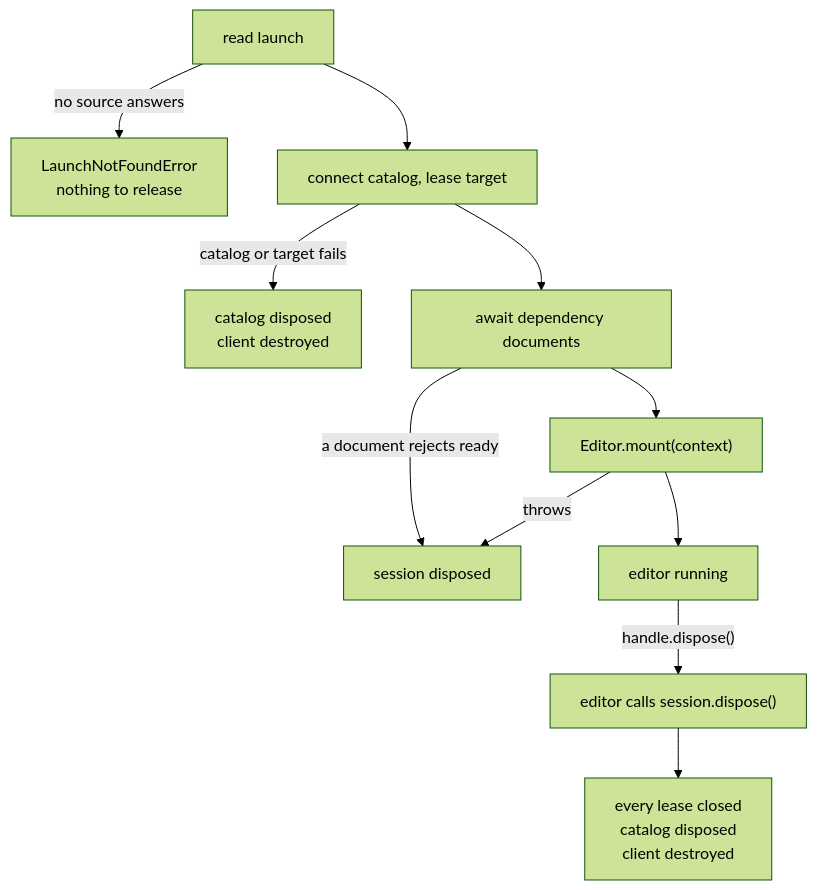
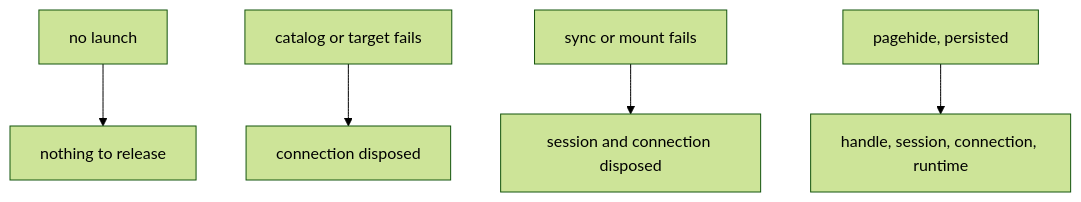
Diagram 13 of 14 in packages/editors/host/ARCHITECTURE.md (JollyPixel/editor), drawn with Mermaid (forest theme) before and after one commit. The commit also changed other lines of this file and 114 other files, not shown here.

````diff
--- a/packages/editors/host/ARCHITECTURE.md
+++ b/packages/editors/host/ARCHITECTURE.md
@@ -296,13 +203,7 @@
 ```mermaid
 flowchart TB
-  Read["read launch"] -->|"no source answers"| E1["LaunchNotFoundError<br/>nothing to release"]
-  Read --> Connect["connect catalog, lease target"]
-  Connect -->|"catalog or target fails"| E2["catalog disposed<br/>client destroyed"]
-  Connect --> Ready["await dependency documents"]
-  Ready -->|"a document rejects ready"| E3["session disposed"]
-  Ready --> MountStep["Editor.mount(context)"]
-  MountStep -->|"throws"| E3
-  MountStep --> Running["editor running"]
-  Running -->|"handle.dispose()"| Dispose["editor calls session.dispose()"]
-  Dispose --> Released["every lease closed<br/>catalog disposed<br/>client destroyed"]
+    Launch["no launch"] --> Nothing["nothing to release"]
+    Connect["catalog or target fails"] --> Client["connection disposed"]
+    Mount["sync or mount fails"] --> All["session and connection disposed"]
+    Leave["pagehide, persisted"] --> Everything["handle, session, connection, runtime"]
 ```
````
